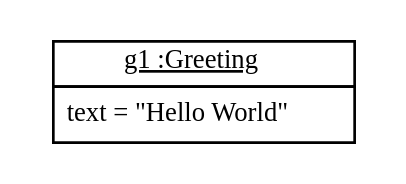
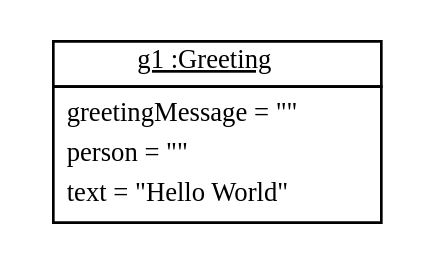
One commit to fujaba/SDMLib changed the diagram in doc/TTC2011HelloWorldConstantTransformation112.dot. Above: the diagram before and after it, drawn with Graphviz. The commit also changed 78 other files, not shown here.

```diff
--- a/doc/TTC2011HelloWorldConstantTransformation112.dot
+++ b/doc/TTC2011HelloWorldConstantTransformation112.dot
@@ -1,8 +1,8 @@
 graph ObjectDiagram {
    node [shape = none, fontsize = 10];
    edge [fontsize = 10];
    compound=true;
 
-g1 [label=<<table border='0' cellborder='1' cellspacing='0'> <tr> <td href="../examples/org/sdmlib/examples/helloworld/Greeting.java"> <u>g1 :Greeting</u></td></tr><tr><td><table border='0' cellborder='0' cellspacing='0'><tr><td align='left'>text = "Hello World"</td></tr></table></td></tr></table>>];
+g1 [label=<<table border='0' cellborder='1' cellspacing='0'> <tr> <td href="../examples/org/sdmlib/examples/helloworld/Greeting.java"> <u>g1 :Greeting</u></td></tr><tr><td><table border='0' cellborder='0' cellspacing='0'><tr><td align='left'>greetingMessage = ""</td></tr><tr><td align='left'>person = ""</td></tr><tr><td align='left'>text = "Hello World"</td></tr></table></td></tr></table>>];
 
 }
```
